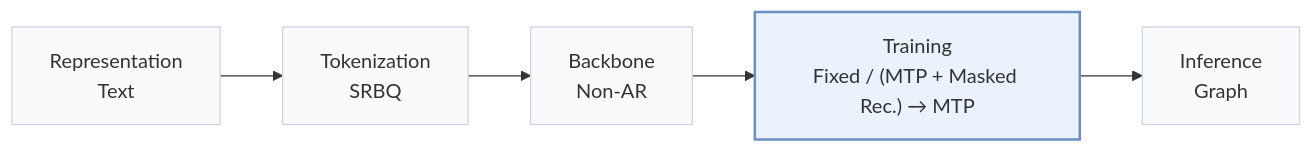
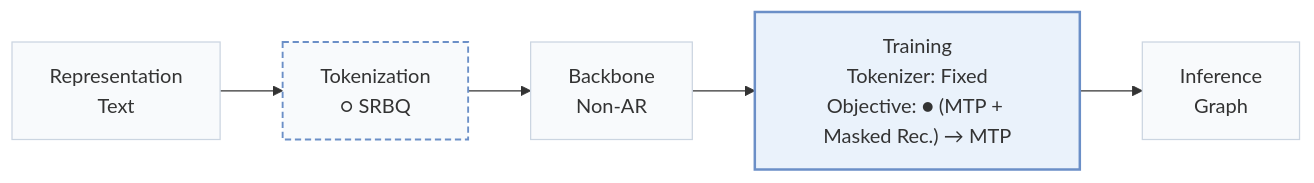
One commit to Galaxy-ghost/Awesome-SID-Generative-Rec changed the first of 2 diagrams in pages/papers/sahl.md. Above: the diagram before and after it, drawn with Mermaid. The commit also changed other lines of this file and 558 other files, not shown here.

````diff
--- a/pages/papers/sahl.md
+++ b/pages/papers/sahl.md
@@ -15,8 +18,10 @@
 ```mermaid
 flowchart LR
-    R["Representation<br/>Text"] --> T["Tokenization<br/>SRBQ"] --> B["Backbone<br/>Non-AR"] --> TR["Training<br/>Fixed / (MTP + Masked Rec.) → MTP"] --> I["Inference<br/>Graph"]
+    R["Representation<br/>Text"] --> T["Tokenization<br/>○ SRBQ"] --> B["Backbone<br/>Non-AR"] --> TR["Training<br/>Tokenizer: Fixed<br/>Objective: ● (MTP + Masked Rec.) → MTP"] --> I["Inference<br/>Graph"]
     classDef base fill:#f8fafc,stroke:#cbd5e1
     class R,T,B,TR,I base
+    classDef other fill:#f8fafc,stroke:#6b8fc7,stroke-width:1.5px,stroke-dasharray:5 3
+    class T other
     classDef main fill:#eaf2fb,stroke:#6b8fc7,stroke-width:2px
     class TR main
 ```
````
